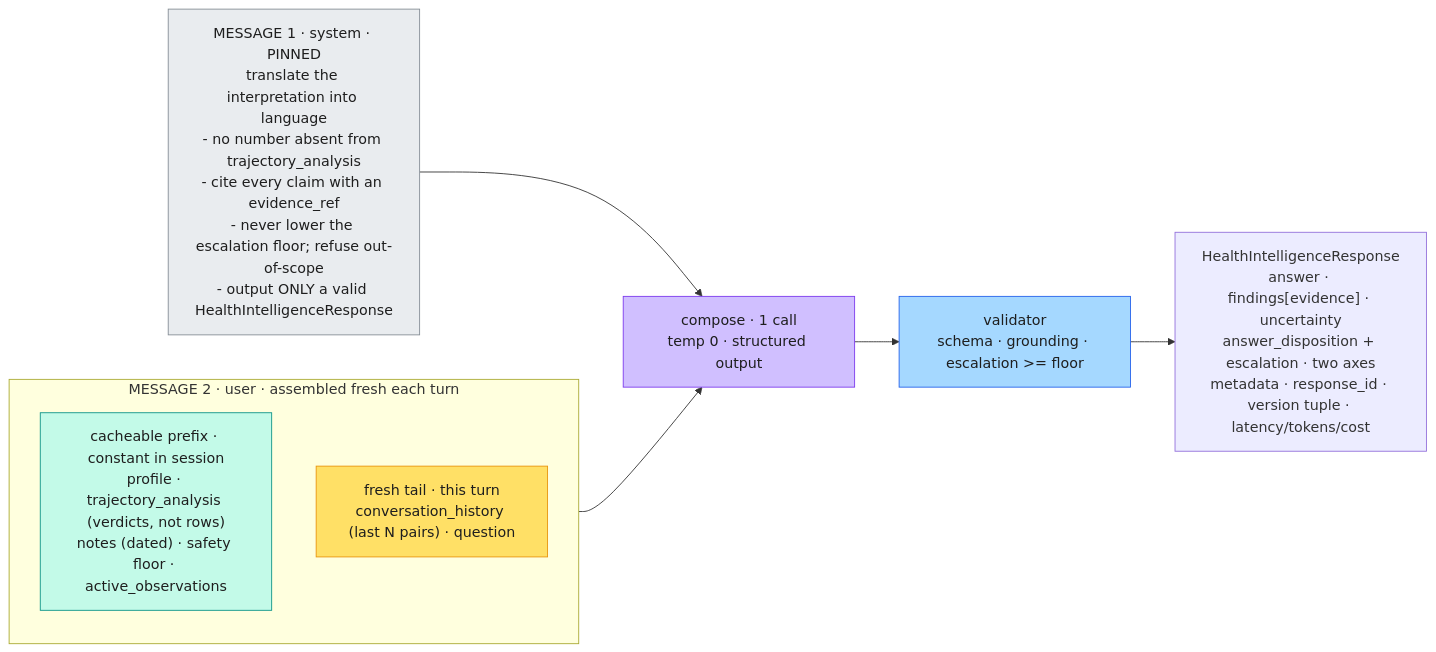
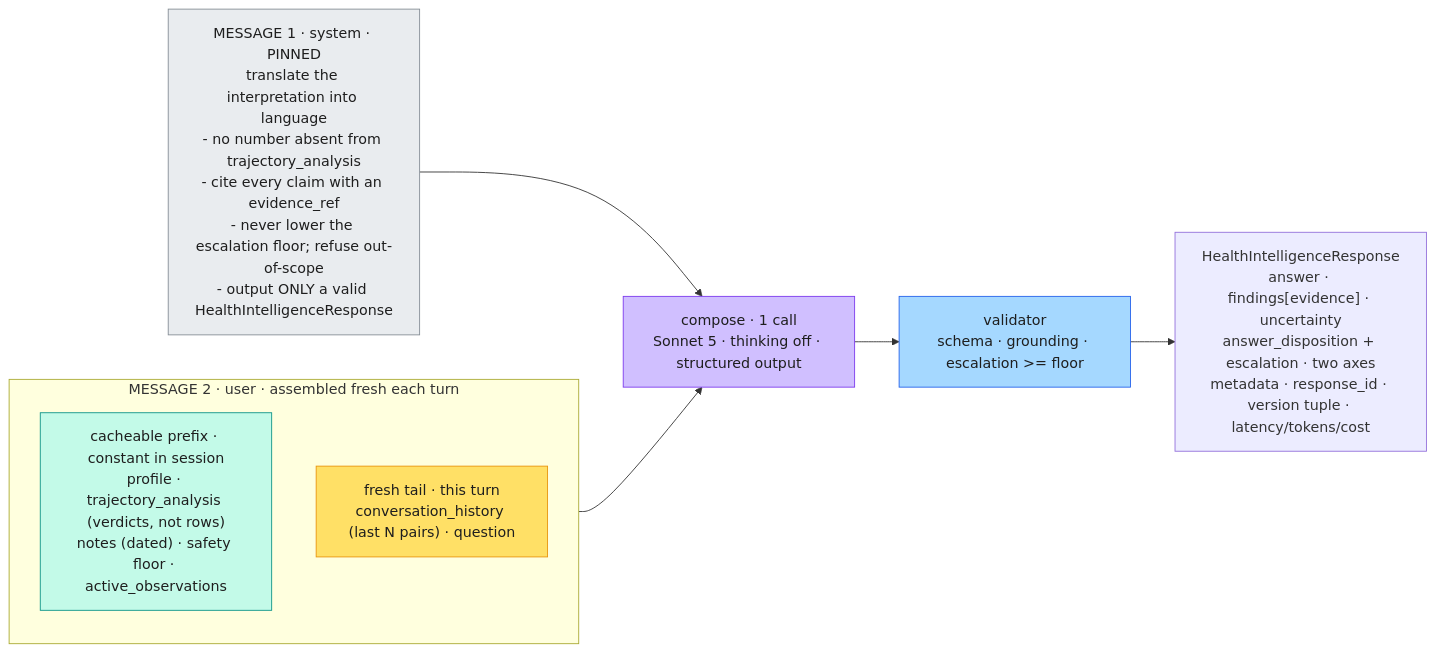
The seventh of 11 diagrams in docs/architecture.md (franalli/health-agent-lab), drawn with Mermaid before and after one commit. The commit also changed other lines of this file and 35 other files, not shown here.

````diff
--- a/docs/architecture.md
+++ b/docs/architecture.md
@@ -286,18 +286,18 @@
 ```mermaid
 flowchart LR
   SYS["MESSAGE 1 · system · PINNED<br/>translate the interpretation into language<br/>- no number absent from trajectory_analysis<br/>- cite every claim with an evidence_ref<br/>- never lower the escalation floor; refuse out-of-scope<br/>- output ONLY a valid HealthIntelligenceResponse"]:::frame
   subgraph U2 ["MESSAGE 2 · user · assembled fresh each turn"]
     direction TB
     PFX["cacheable prefix · constant in session<br/>profile · trajectory_analysis (verdicts, not rows)<br/>notes (dated) · safety floor · active_observations"]:::ctx
     TAIL["fresh tail · this turn<br/>conversation_history (last N pairs) · question"]:::fresh
   end
-  SYS --> CC["compose · 1 call<br/>temp 0 · structured output"]:::gen
+  SYS --> CC["compose · 1 call<br/>Sonnet 5 · thinking off · structured output"]:::gen
   U2 --> CC
   CC --> CV["validator<br/>schema · grounding · escalation &gt;= floor"]:::det
   CV --> COUT["HealthIntelligenceResponse<br/>answer · findings[evidence] · uncertainty<br/>answer_disposition + escalation · two axes<br/>metadata · response_id · version tuple · latency/tokens/cost"]:::io
   classDef frame fill:#e9ecef,stroke:#868e96,color:#1e1e1e
   classDef ctx fill:#c3fae8,stroke:#0d9488,color:#1e1e1e
   classDef fresh fill:#ffe066,stroke:#e8950c,color:#1e1e1e
   classDef gen fill:#d0bfff,stroke:#7c3aed,color:#1e1e1e
   classDef det fill:#a5d8ff,stroke:#2563eb,color:#1e1e1e
 ```
````
